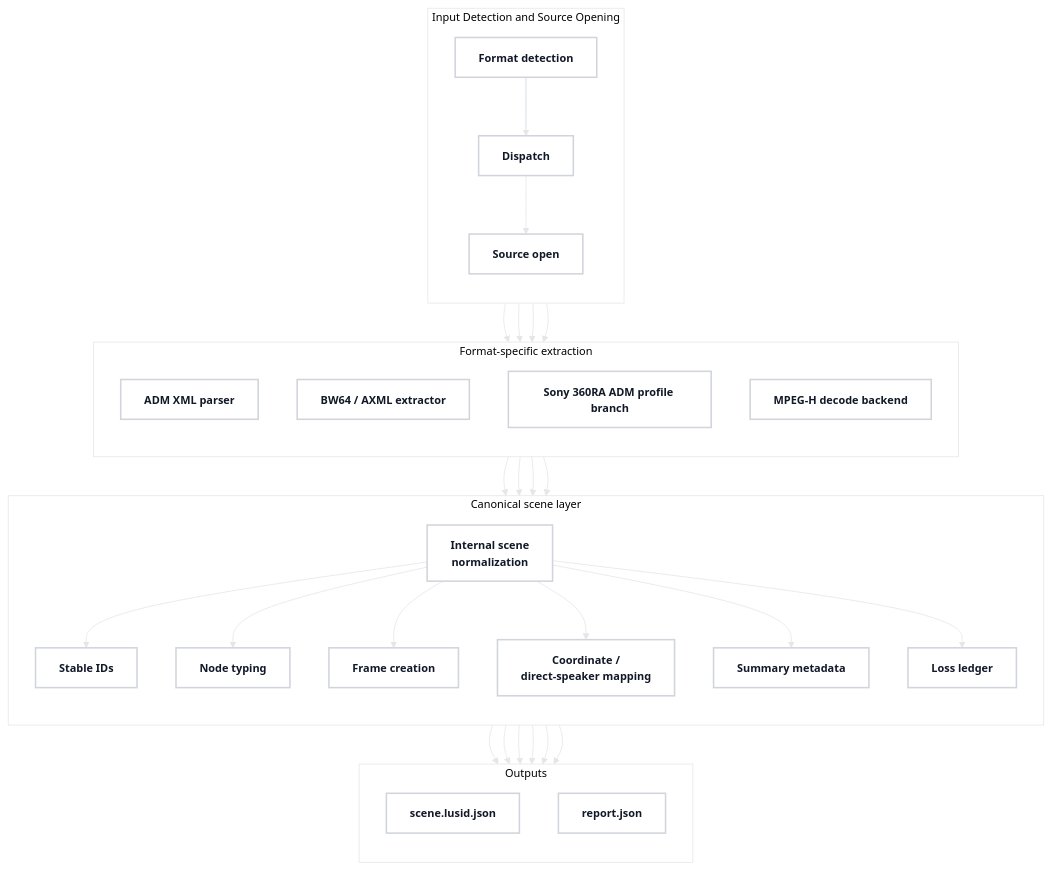
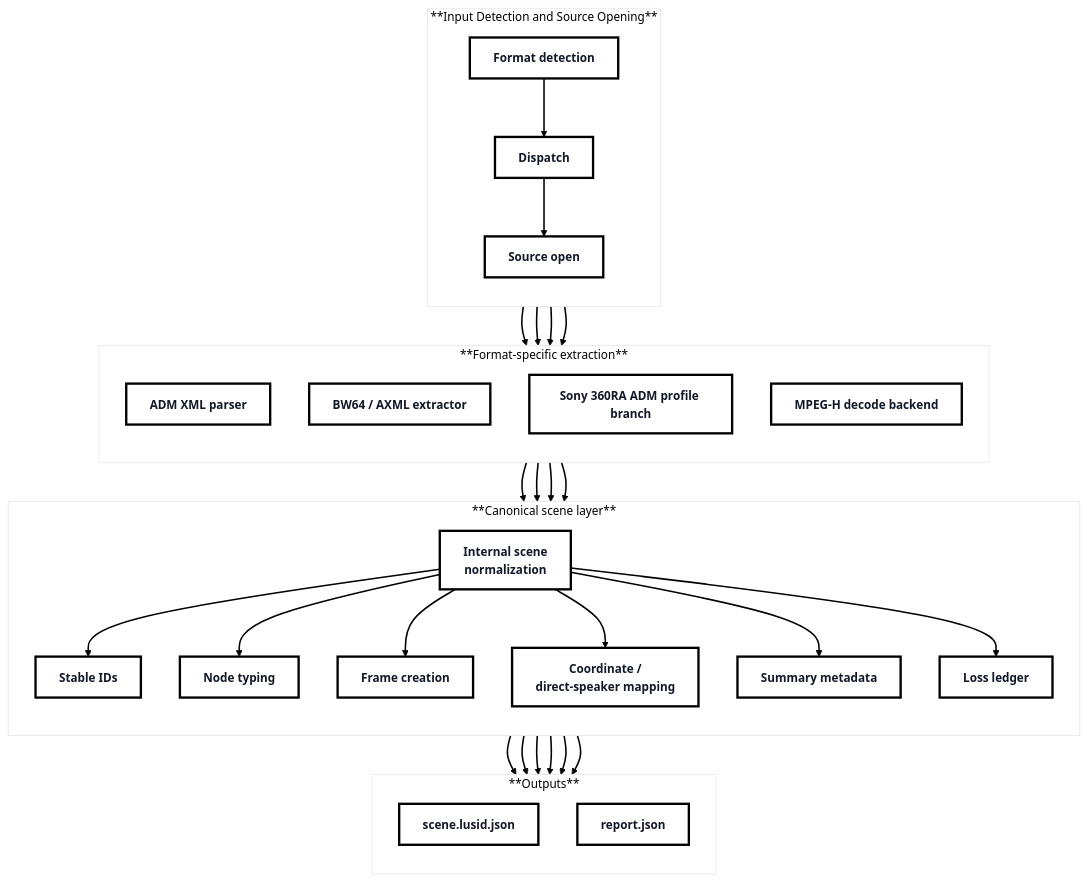
One commit to Cult-DSP/cult-toolchain-docs changed the diagram in CULT-transcoder/02-core-systems-architecture.md. Above: the diagram before and after it, drawn with Mermaid. The commit also changed 2 other files, not shown here.

Commit message:
cult arch diagram

````diff
--- a/CULT-transcoder/02-core-systems-architecture.md
+++ b/CULT-transcoder/02-core-systems-architecture.md
@@ -3,79 +3,78 @@
 ```mermaid
-%%{init: {"theme":"base","themeVariables": {"background":"#ffffff","primaryColor":"#ffffff","secondaryColor":"#ffffff","tertiaryColor":"#ffffff","primaryTextColor":"#111827","edgeLabelBackground":"#ffffff","lineColor":"#e6e6e6","fontFamily":"Inter, Arial, sans-serif","fontSize":"14px"}}}%%
+%%{init: {"theme":"base","themeVariables": {"background":"#ffffff","primaryColor":"#ffffff","secondaryColor":"#ffffff","tertiaryColor":"#ffffff","primaryTextColor":"#111827","edgeLabelBackground":"#ffffff","lineColor":"#000000","fontFamily":"Inter, Arial, sans-serif","fontSize":"15px","clusterTitleFontSize":"20px","clusterBorderColor":"#000000","clusterBkg":"#ffffff","clusterBorderWidth":"3px"}}}%%
 flowchart TB
     %% layout groups with some spacing hints
-    subgraph InputLayer["Input Detection and Source Opening"]
+    subgraph InputLayer["**Input Detection and Source Opening**"]
         direction TB
         D1["Format detection"]
         D2["Dispatch"]
         D3["Source open"]
     end
 
-    subgraph DomainReaders["Format-specific extraction"]
+    subgraph DomainReaders["**Format-specific extraction**"]
         direction TB
         A1["ADM XML parser"]
         A2["BW64 / AXML extractor"]
         A3["Sony 360RA ADM profile branch"]
         A4["MPEG-H decode backend"]
     end
 
-    subgraph CanonicalCore["Canonical scene layer"]
+    subgraph CanonicalCore["**Canonical scene layer**"]
         direction TB
         C1["Internal scene\nnormalization"]
         C2["Stable IDs"]
         C3["Node typing"]
         C4["Frame creation"]
         C5["Coordinate /\ndirect-speaker mapping"]
         C6["Summary metadata"]
         C7["Loss ledger"]
     end
 
-    subgraph OutputLayer["Outputs"]
+    subgraph OutputLayer["**Outputs**"]
         direction TB
         O1["scene.lusid.json"]
         O2["report.json"]
     end
 
     %% connections
     D1 --> D2 --> D3
     D3 --> A1
     D3 --> A2
     D3 --> A3
     D3 --> A4
 
     A1 --> C1
     A2 --> C1
     A3 --> C1
     A4 --> C1
 
     C1 --> C2
     C1 --> C3
     C1 --> C4
     C1 --> C5
     C1 --> C6
     C1 --> C7
 
     C2 --> O1
     C3 --> O1
     C4 --> O1
     C5 --> O1
     C6 --> O2
     C7 --> O2
 
     %% clean, white node styles
-    classDef groupTitle fill:#ffffff,stroke:none,color:#111827,font-weight:700,font-size:15px,text-align:center
-    classDef inputNode fill:#ffffff,stroke:#d1d5db,stroke-width:2px,color:#111827,font-weight:700
-    classDef domainNode fill:#ffffff,stroke:#d1d5db,stroke-width:2px,color:#111827,font-weight:700
-    classDef coreNode fill:#ffffff,stroke:#d1d5db,stroke-width:2px,color:#111827,font-weight:700
-    classDef outputNode fill:#ffffff,stroke:#d1d5db,stroke-width:2px,color:#111827,font-weight:700
+    classDef groupTitle fill:#ffffff,stroke:#000000,stroke-width:3px,color:#111827,font-weight:700,font-size:15px,text-align:center
+    classDef inputNode fill:#ffffff,stroke:#000000,stroke-width:3px,color:#111827,font-weight:700
+    classDef domainNode fill:#ffffff,stroke:#000000,stroke-width:3px,color:#111827,font-weight:700
+    classDef coreNode fill:#ffffff,stroke:#000000,stroke-width:3px,color:#111827,font-weight:700
+    classDef outputNode fill:#ffffff,stroke:#000000,stroke-width:3px,color:#111827,font-weight:700
 
     %% subgraph titles are handled by Mermaid (bracketed labels)
     class D1,D2,D3 inputNode
     class A1,A2,A3,A4 domainNode
     class C1,C2,C3,C4,C5,C6,C7 coreNode
     class O1,O2 outputNode
 
     %% subtle link styling
-    linkStyle default stroke:#e6e6e6,stroke-width:1px
-    linkStyle 0 stroke:#cfd8dc,stroke-width:1px
+    linkStyle default stroke:#000000,stroke-width:2px
 ```
````
